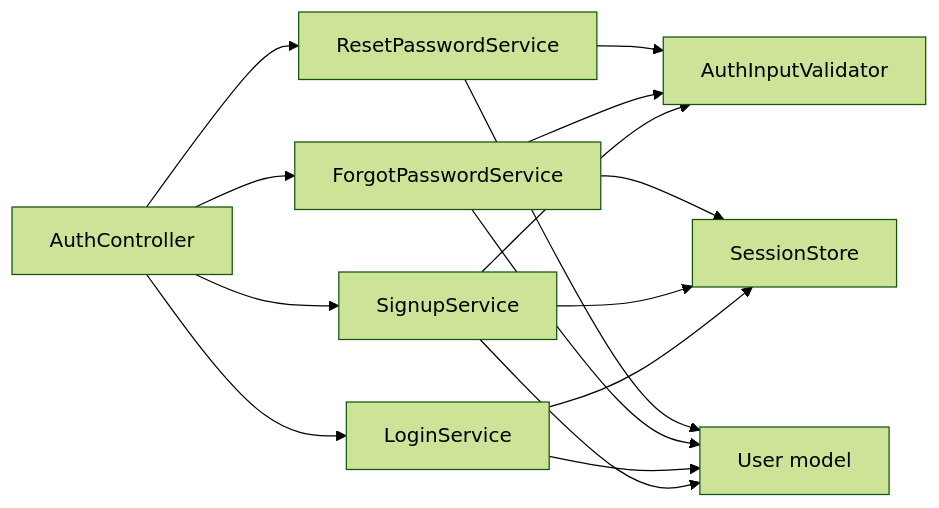
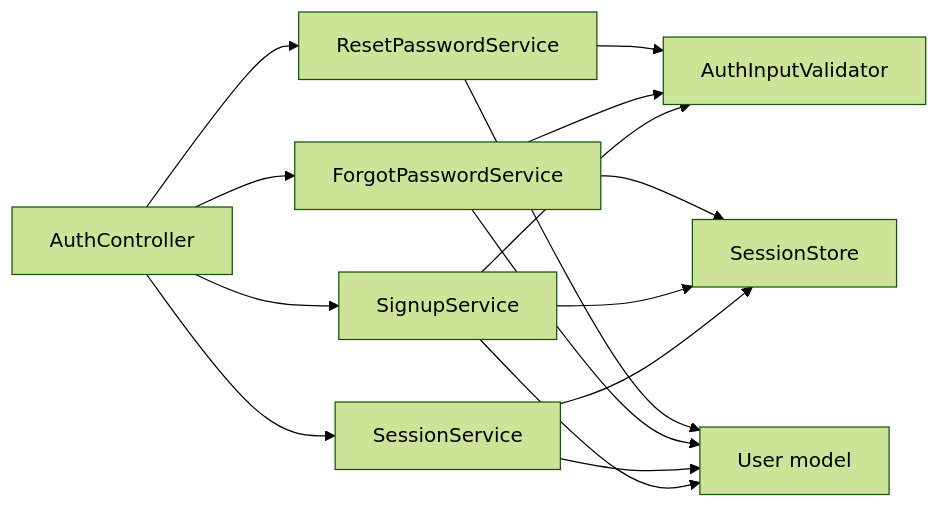
One commit to ysengoku/camagru changed the first of 4 diagrams in doc/AUTH.md. Above: the diagram before and after it, drawn with Mermaid (forest theme). The commit also changed other lines of this file and 5 other files, not shown here.

Commit message:
refactor: create VerifyEmailService and rename LoginService to SessionService so it can include logout logic

````diff
--- a/doc/AUTH.md
+++ b/doc/AUTH.md
@@ -29,17 +29,17 @@
 ```mermaid
 flowchart LR
     AC[AuthController] --> SS[SignupService]
-    AC --> LS[LoginService]
+    AC --> LS[SessionService]
     AC --> FPS[ForgotPasswordService]
     AC --> RPS[ResetPasswordService]
     SS --> AIV[AuthInputValidator]
     FPS --> AIV
     RPS --> AIV
     SS --> User[User model]
     LS --> User
     FPS --> User
     RPS --> User
     LS --> Sess[SessionStore]
     SS --> Sess
     FPS --> Sess
 ```
````
